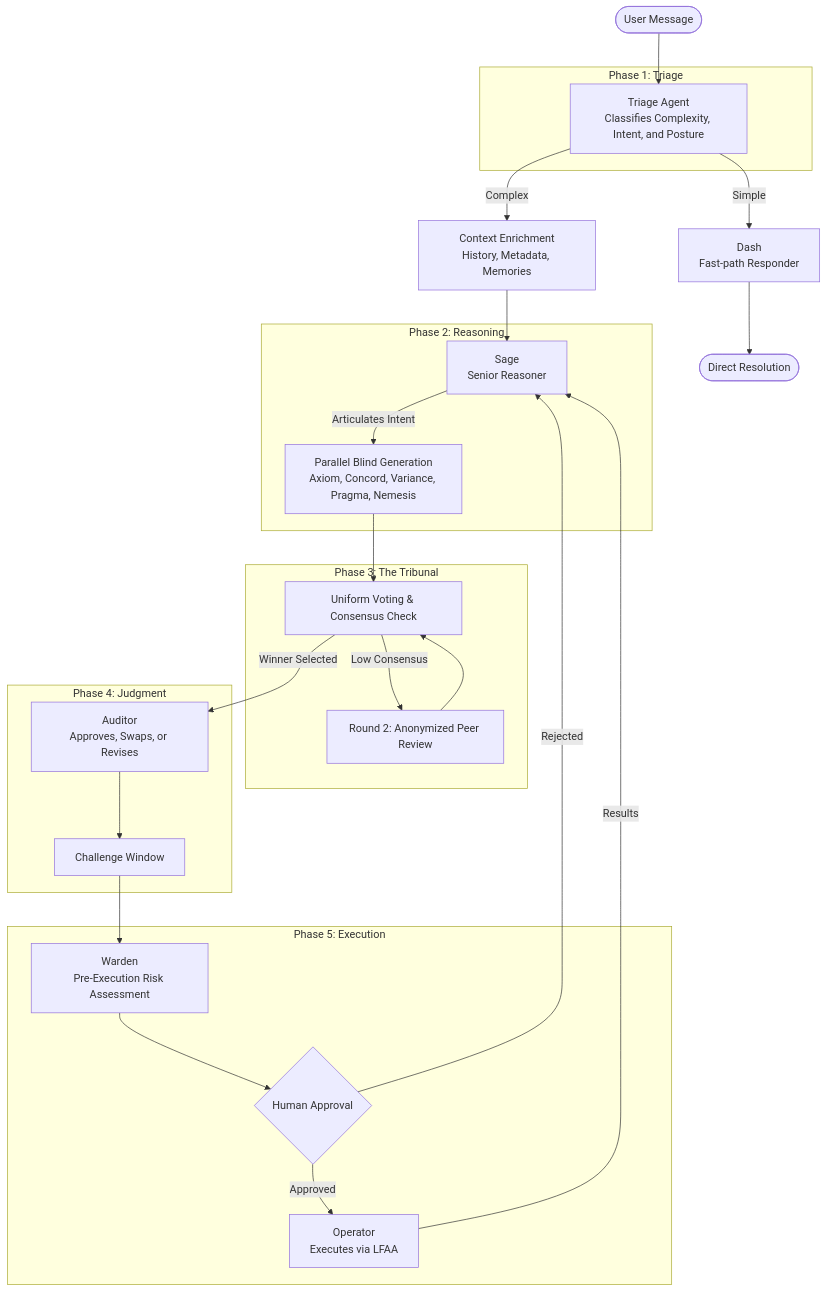
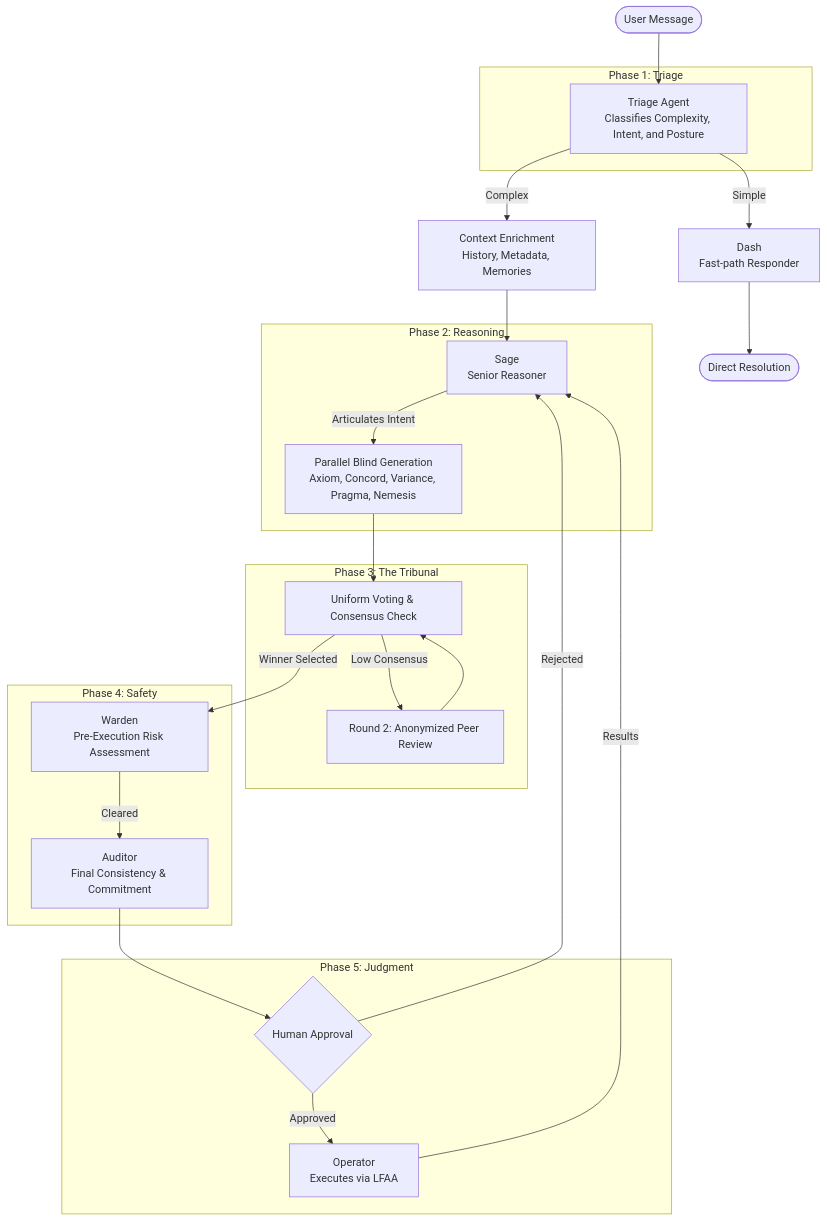
Before and after one commit to g8e-ai/g8e: the first of 2 diagrams in README.md, drawn with Mermaid. The commit also changed other lines of this file and 85 other files, not shown here.

````diff
--- a/README.md
+++ b/README.md
@@ -47,41 +53,41 @@
 ```mermaid
 flowchart TD
     User([User Message]) --> Triage
 
     subgraph Phase_1 [Phase 1: Triage]
         Triage[Triage Agent<br>Classifies Complexity, Intent, and Posture]
     end
 
     Triage -- "Simple" --> Dash[Dash<br>Fast-path Responder]
     Dash --> Output([Direct Resolution])
 
     Triage -- "Complex" --> Context[Context Enrichment<br>History, Metadata, Memories]
     Context --> Sage[Sage<br>Senior Reasoner]
 
     subgraph Phase_2 [Phase 2: Reasoning]
         Sage -- "Articulates Intent" --> Tribunal
     end
 
     subgraph Phase_3 [Phase 3: The Tribunal]
         Tribunal[Parallel Blind Generation<br>Axiom, Concord, Variance, Pragma, Nemesis]
         Tribunal --> Consensus[Uniform Voting & Consensus Check]
         Consensus -- "Low Consensus" --> R2[Round 2: Anonymized Peer Review]
         R2 --> Consensus
     end
 
-    Consensus -- "Winner Selected" --> Auditor
+    Consensus -- "Winner Selected" --> Warden
 
-    subgraph Phase_4 [Phase 4: Judgment]
-        Auditor[Auditor<br>Approves, Swaps, or Revises]
-        Auditor --> Challenge[Challenge Window]
+    subgraph Phase_4 [Phase 4: Safety]
+        Warden[Warden<br>Pre-Execution Risk Assessment]
+        Warden -- "Cleared" --> Auditor
     end
 
-    subgraph Phase_5 [Phase 5: Execution]
-        Challenge --> Warden[Warden<br>Pre-Execution Risk Assessment]
-        Warden --> Human{Human Approval}
+    subgraph Phase_5 [Phase 5: Judgment]
+        Auditor[Auditor<br>Final Consistency & Commitment]
+        Auditor --> Human{Human Approval}
         Human -- "Approved" --> Operator[Operator<br>Executes via LFAA]
         Operator -- "Results" --> Sage
     end
 
     Human -- "Rejected" --> Sage
 ```
````
